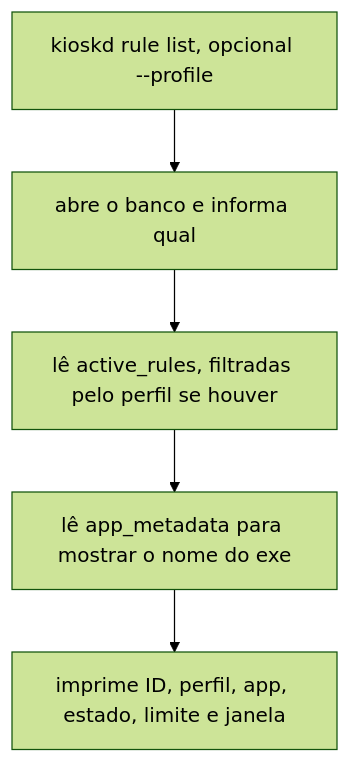
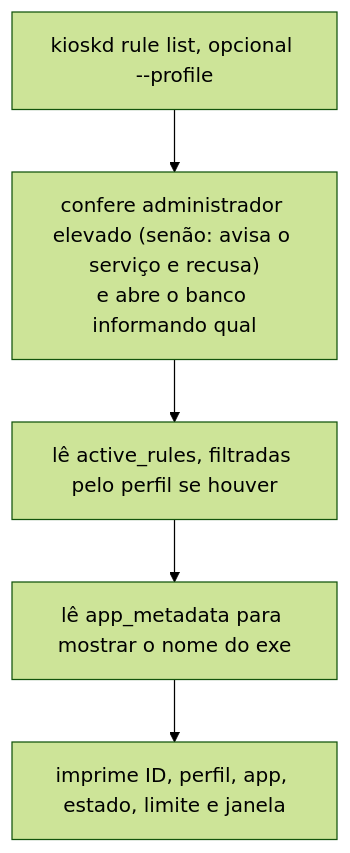
Before and after one commit to jefersonlop3s/kiosk-engine: diagram 17 of 28 in docs/architecture/fluxos-dos-comandos.md, drawn with Mermaid (forest theme). The commit also changed other lines of this file and 22 other files, not shown here.

````diff
--- a/docs/architecture/fluxos-dos-comandos.md
+++ b/docs/architecture/fluxos-dos-comandos.md
@@ -265,7 +267,7 @@
 ```mermaid
 flowchart TD
-    A["kioskd rule list, opcional --profile"] --> B["abre o banco e informa qual"]
+    A["kioskd rule list, opcional --profile"] --> B["confere administrador elevado (senão: avisa o serviço e recusa)<br/>e abre o banco informando qual"]
     B --> C["lê active_rules, filtradas pelo perfil se houver"]
     C --> D["lê app_metadata para mostrar o nome do exe"]
     D --> E["imprime ID, perfil, app, estado, limite e janela"]
 ```
````
